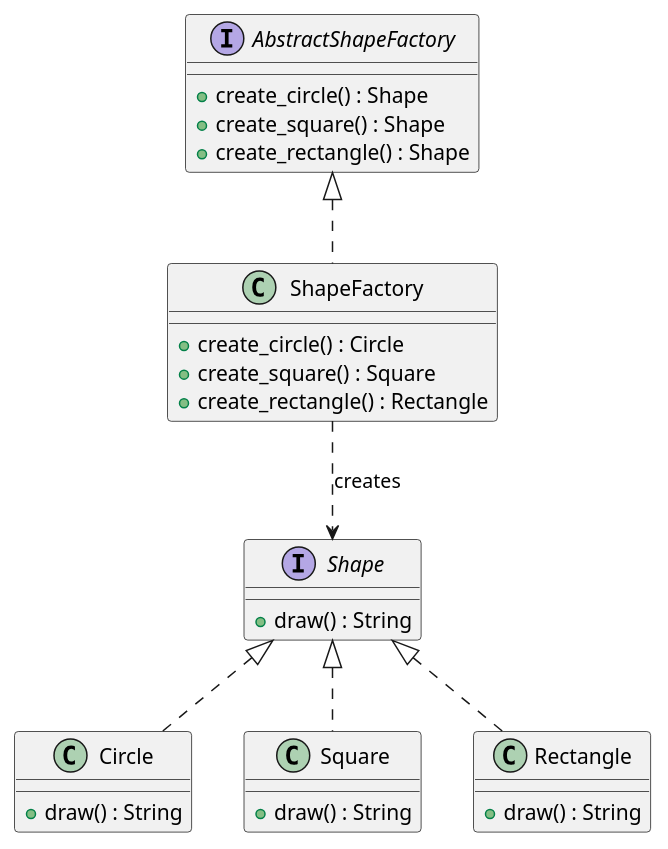
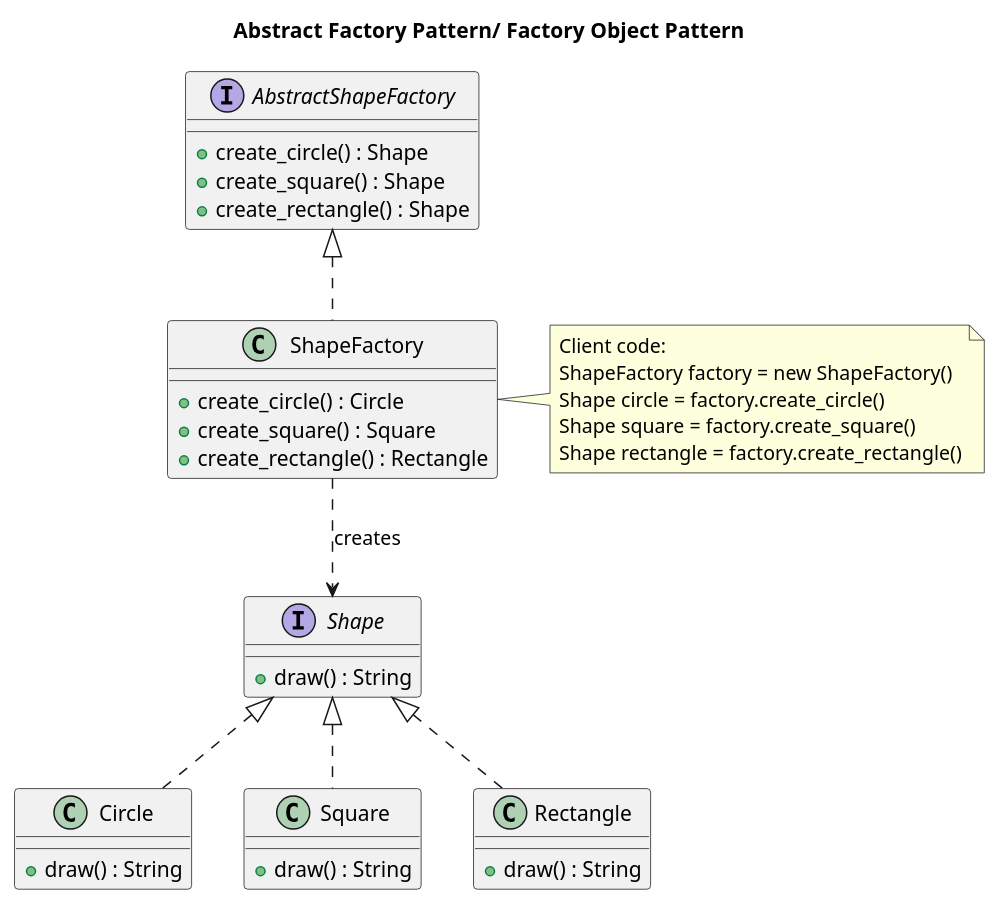
The diagram in class_diagrams/factoryobject.puml (ikvibhav/designpatterns), drawn with PlantUML before and after one commit. The commit also changed 16 other files, not shown here.

```diff
--- a/class_diagrams/factoryobject.puml
+++ b/class_diagrams/factoryobject.puml
@@ -1,39 +1,61 @@
 @startuml
 
+title Abstract Factory Pattern/ Factory Object Pattern
+
+' Produces families of related objects 
+' without specifying their concrete classes
+' This is needed when multiple factories are needed
+
+' Interface for the product family
 interface Shape {
     +draw() : String
 }
 
+' Concrete products implementing the Shape interface
 class Circle {
     +draw() : String
 }
 
 class Square {
     +draw() : String
 }
 
 class Rectangle {
     +draw() : String
 }
 
+' Abstract factory interface declaring creation methods for each product
 interface AbstractShapeFactory {
     +create_circle() : Shape
     +create_square() : Shape
     +create_rectangle() : Shape
 }
 
+' Concrete factory implementing the abstract factory interface
 class ShapeFactory {
     +create_circle() : Circle
     +create_square() : Square
     +create_rectangle() : Rectangle
 }
 
+' Circle, Square and Rectangle implement Shape Interface
 Shape <|.. Circle
 Shape <|.. Square
 Shape <|.. Rectangle
 
+' ShapeFactory implements AbstractShapeFactory Interface
 AbstractShapeFactory <|.. ShapeFactory
 
+' ShapeFactory creates objects that implement Shape Interface
 ShapeFactory ..> Shape : "creates"
 
+' Example of client code using the abstract factory
+note right of ShapeFactory
+    Client code:
+    ShapeFactory factory = new ShapeFactory()
+    Shape circle = factory.create_circle()
+    Shape square = factory.create_square()
+    Shape rectangle = factory.create_rectangle()
+end note
+
 @enduml
```
